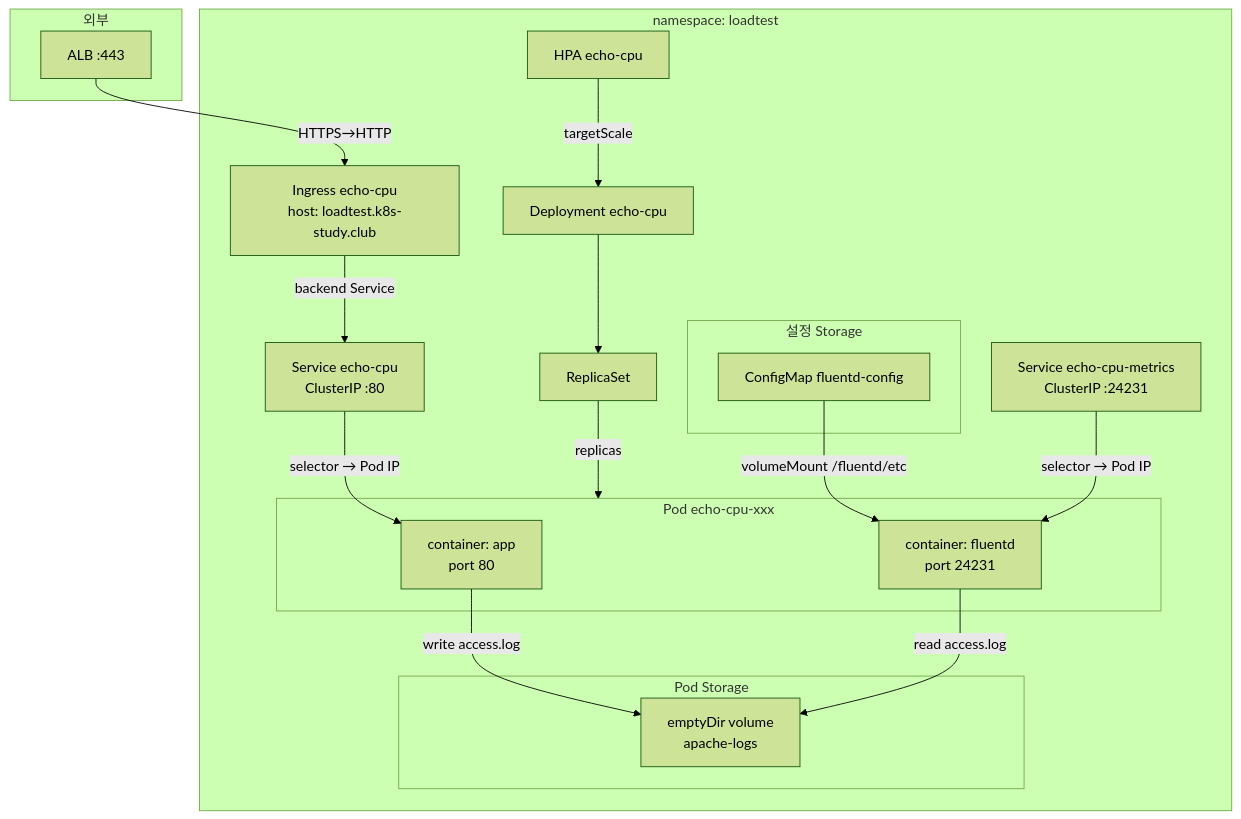
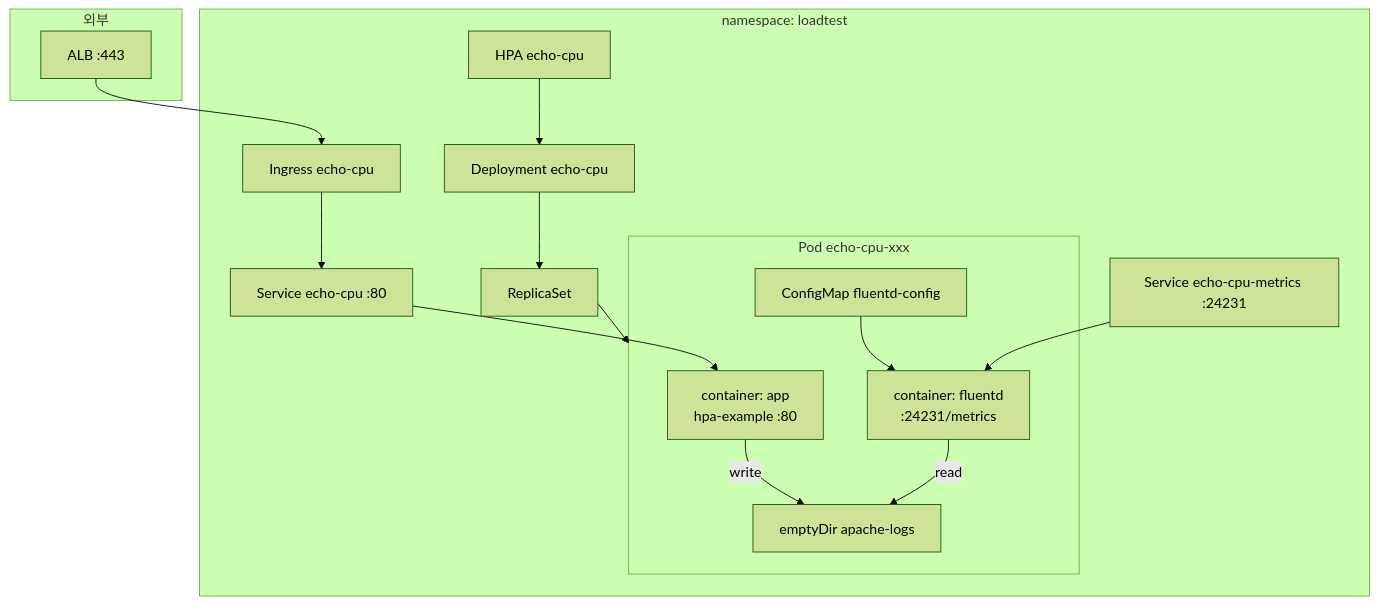
Before and after one commit to SeongSuKim95/Kubernetes-Practice: the second of 4 diagrams in AWS/LoadTestLab/architecture.md, drawn with Mermaid (forest theme). The commit also changed other lines of this file and 1 other file, not shown here.

````diff
--- a/AWS/LoadTestLab/architecture.md
+++ b/AWS/LoadTestLab/architecture.md
@@ -127,39 +262,29 @@
 ```mermaid
 flowchart TB
   subgraph ext["외부"]
     ALB2["ALB :443"]
   end
 
   subgraph loadtest["namespace: loadtest"]
-    ING2["Ingress echo-cpu<br/>host: loadtest.k8s-study.club"]
-    SVC2["Service echo-cpu<br/>ClusterIP :80"]
-    SVCM2["Service echo-cpu-metrics<br/>ClusterIP :24231"]
+    ING2["Ingress echo-cpu"]
+    SVC2["Service echo-cpu :80"]
+    SVCM2["Service echo-cpu-metrics :24231"]
     HPA2["HPA echo-cpu"]
     DEP2["Deployment echo-cpu"]
     RS["ReplicaSet"]
 
-    subgraph st_pod["Pod Storage"]
-      ED2["emptyDir volume<br/>apache-logs"]
-    end
-
-    subgraph st_cfg["설정 Storage"]
+    subgraph pod2["Pod echo-cpu-xxx"]
+      C_APP["container: app<br/>hpa-example :80"]
+      C_FD["container: fluentd<br/>:24231/metrics"]
+      ED2["emptyDir apache-logs"]
       CM2["ConfigMap fluentd-config"]
-    end
-
-    subgraph pod2["Pod echo-cpu-xxx"]
-      C_APP["container: app<br/>port 80"]
-      C_FD["container: fluentd<br/>port 24231"]
     end
   end
 
-  ALB2 -->|HTTPS→HTTP| ING2
-  ING2 -->|backend Service| SVC2
-  SVC2 -->|selector → Pod IP| C_APP
-  HPA2 -->|targetScale| DEP2
-  DEP2 --> RS
-  RS -->|replicas| pod2
-  C_APP -->|write access.log| ED2
-  C_FD -->|read access.log| ED2
-  CM2 -->|volumeMount /fluentd/etc| C_FD
-  SVCM2 -->|selector → Pod IP| C_FD
+  ALB2 --> ING2 --> SVC2 --> C_APP
+  HPA2 --> DEP2 --> RS --> pod2
+  C_APP -->|write| ED2
+  C_FD -->|read| ED2
+  CM2 --> C_FD
+  SVCM2 --> C_FD
 ```
````
